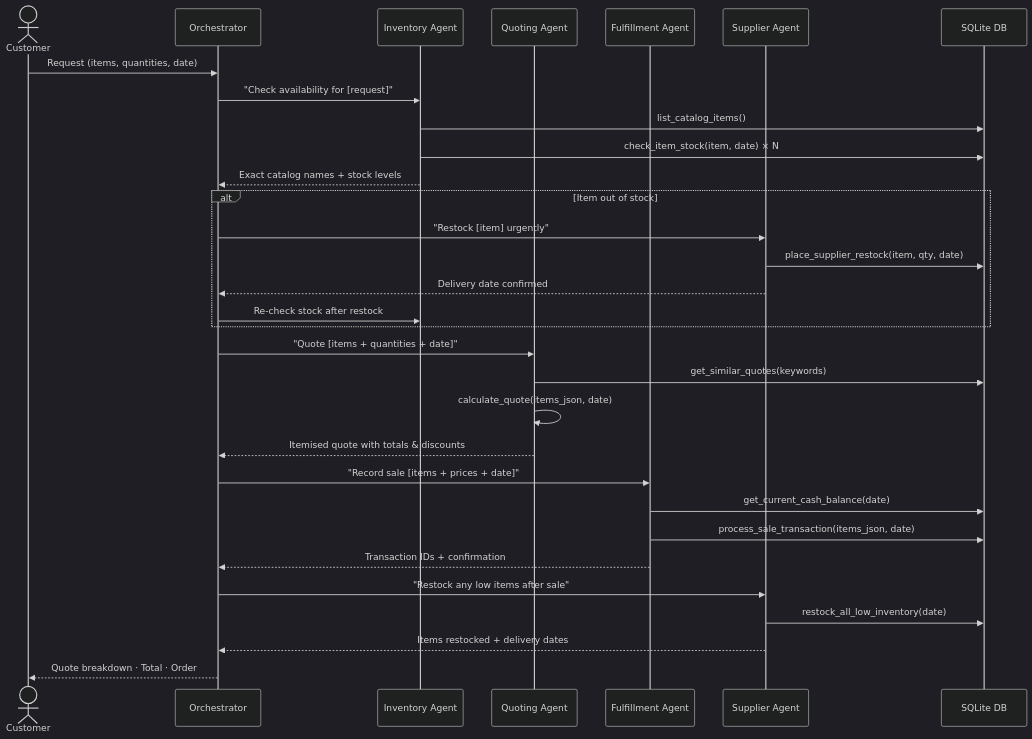
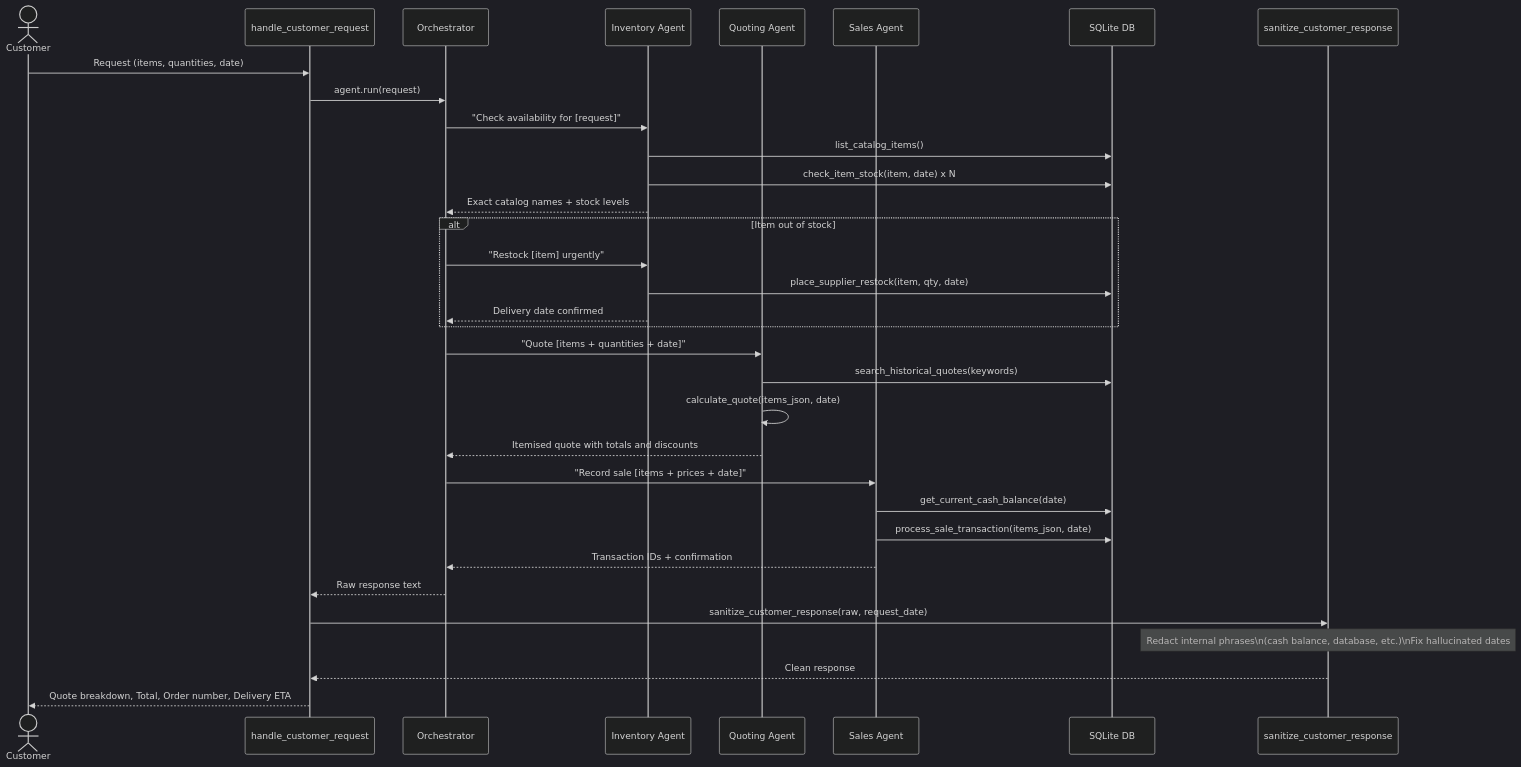
Before and after one commit to jsnape/agentic-ai-c4: the second of 4 diagrams in DESIGN.md, drawn with Mermaid (dark theme). The commit also changed other lines of this file and 7 other files, not shown here.

````diff
--- a/DESIGN.md
+++ b/DESIGN.md
@@ -110,40 +112,44 @@
 ```mermaid
 sequenceDiagram
     actor Customer
+    participant HCR as handle_customer_request
     participant ORC as Orchestrator
     participant INV as Inventory Agent
     participant QUO as Quoting Agent
-    participant FUL as Fulfillment Agent
-    participant SUP as Supplier Agent
+    participant SAL as Sales Agent
     participant DB  as SQLite DB
+    participant SAN as sanitize_customer_response
 
-    Customer->>ORC: Request (items, quantities, date)
+    Customer->>HCR: Request (items, quantities, date)
+
+    HCR->>ORC: agent.run(request)
 
     ORC->>INV: "Check availability for [request]"
     INV->>DB: list_catalog_items()
-    INV->>DB: check_item_stock(item, date) × N
+    INV->>DB: check_item_stock(item, date) x N
     INV-->>ORC: Exact catalog names + stock levels
 
     alt Item out of stock
-        ORC->>SUP: "Restock [item] urgently"
-        SUP->>DB: place_supplier_restock(item, qty, date)
-        SUP-->>ORC: Delivery date confirmed
-        ORC->>INV: Re-check stock after restock
+        ORC->>INV: "Restock [item] urgently"
+        INV->>DB: place_supplier_restock(item, qty, date)
+        INV-->>ORC: Delivery date confirmed
     end
 
     ORC->>QUO: "Quote [items + quantities + date]"
-    QUO->>DB: get_similar_quotes(keywords)
+    QUO->>DB: search_historical_quotes(keywords)
     QUO->>QUO: calculate_quote(items_json, date)
-    QUO-->>ORC: Itemised quote with totals & discounts
+    QUO-->>ORC: Itemised quote with totals and discounts
 
-    ORC->>FUL: "Record sale [items + prices + date]"
-    FUL->>DB: get_current_cash_balance(date)
-    FUL->>DB: process_sale_transaction(items_json, date)
-    FUL-->>ORC: Transaction IDs + confirmation
+    ORC->>SAL: "Record sale [items + prices + date]"
+    SAL->>DB: get_current_cash_balance(date)
+    SAL->>DB: process_sale_transaction(items_json, date)
+    SAL-->>ORC: Transaction IDs + confirmation
 
-    ORC->>SUP: "Restock any low items after sale"
-    SUP->>DB: restock_all_low_inventory(date)
-    SUP-->>ORC: Items restocked + delivery dates
+    ORC-->>HCR: Raw response text
 
-    ORC-->>Customer: Quote breakdown · Total · Order # · Delivery ETA
+    HCR->>SAN: sanitize_customer_response(raw, request_date)
+    Note over SAN: Redact internal phrases\n(cash balance, database, etc.)\nFix hallucinated dates
+    SAN-->>HCR: Clean response
+
+    HCR-->>Customer: Quote breakdown, Total, Order number, Delivery ETA
 ```
````
